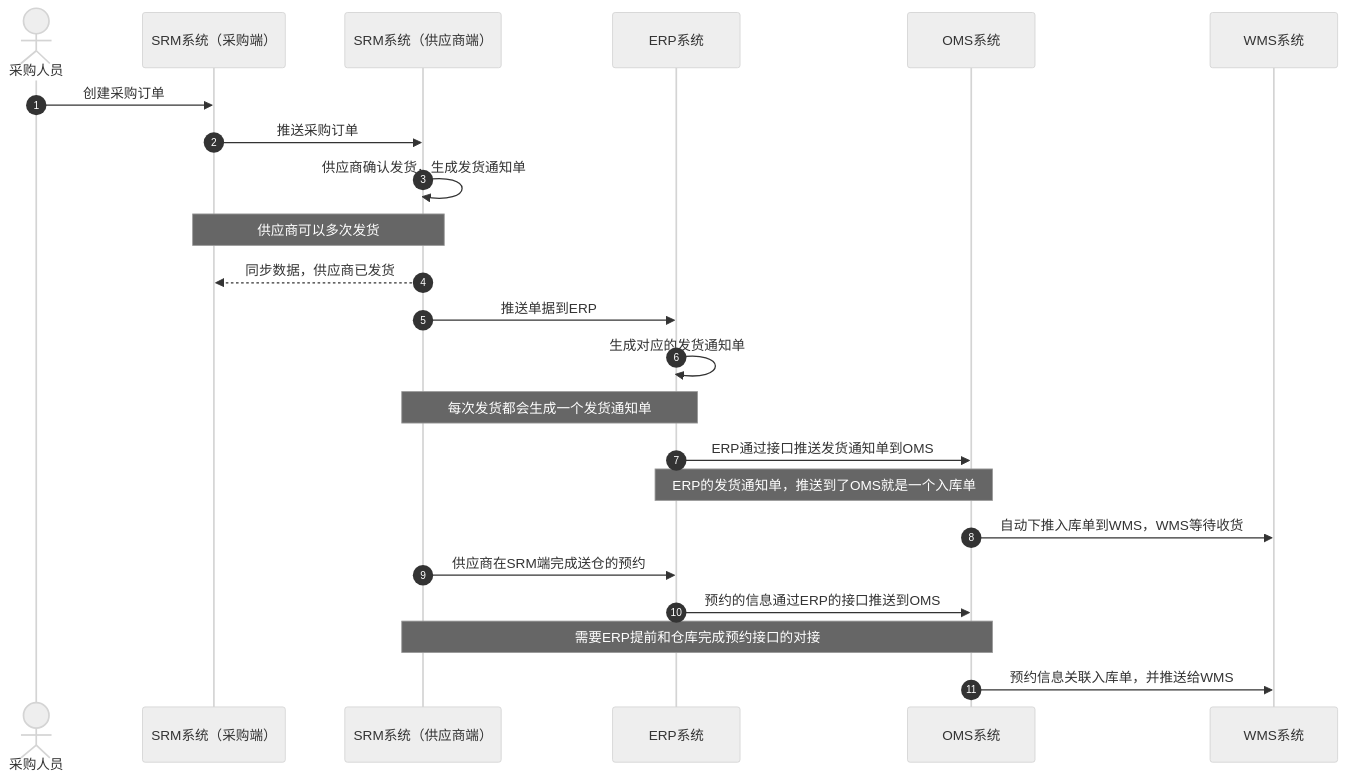
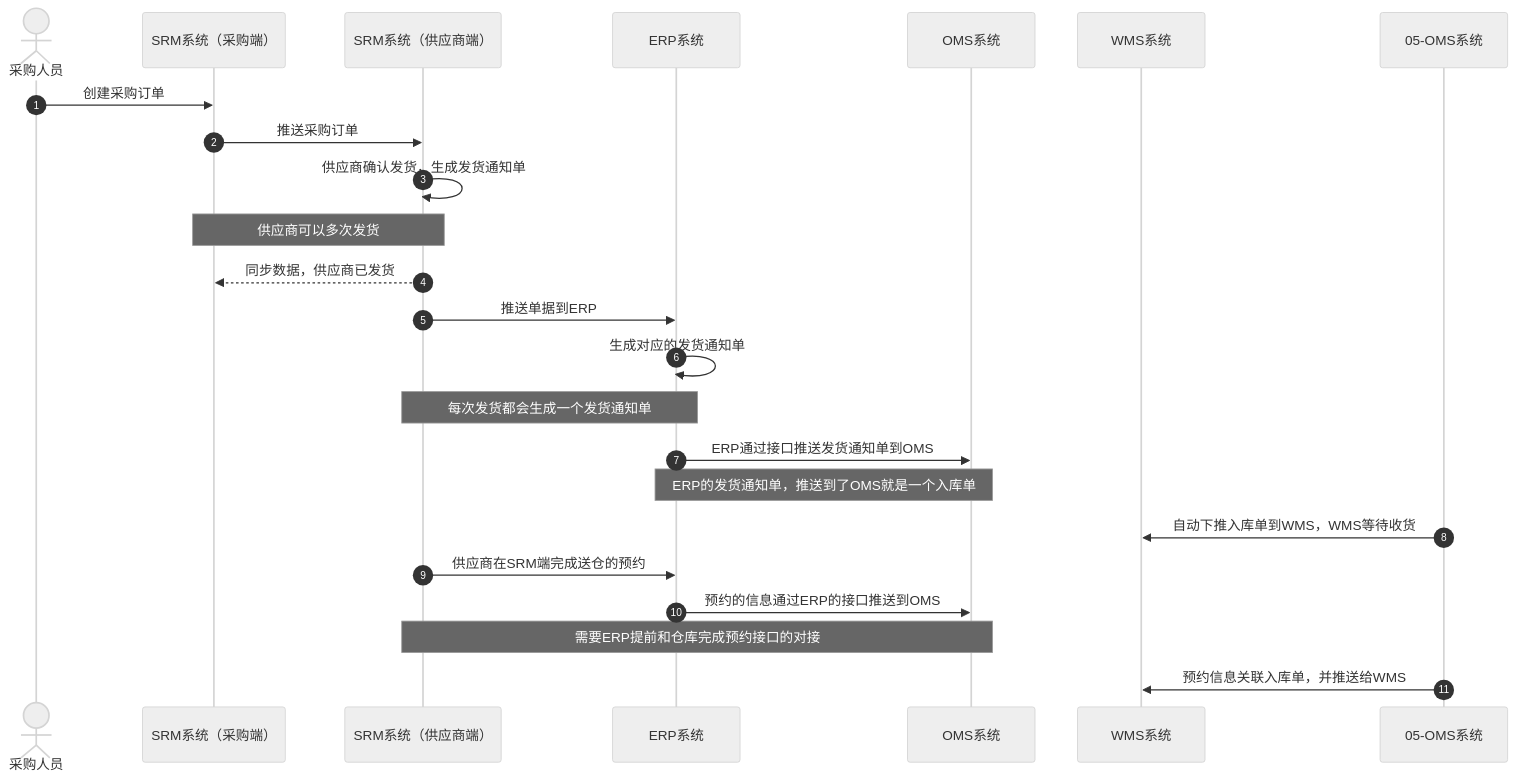
The third of 3 diagrams in 供应链系统资料/维他命_产品私享课/跨境供应链_海外仓OTWB项目实战/第八章_跨境电商&供应链相关知识介绍/8.9_拆解仓库的送仓预约业务.md (chao1927/scm), drawn with Mermaid (neutral theme) before and after one commit. The commit also changed other lines of this file and 284 other files, not shown here.

````diff
--- a/供应链系统资料/维他命_产品私享课/跨境供应链_海外仓OTWB项目实战/第八章_跨境电商&供应链相关知识介绍/8.9_拆解仓库的送仓预约业务.md
+++ b/供应链系统资料/维他命_产品私享课/跨境供应链_海外仓OTWB项目实战/第八章_跨境电商&供应链相关知识介绍/8.9_拆解仓库的送仓预约业务.md
@@ -150,29 +150,29 @@
 ```mermaid
 sequenceDiagram
   	autonumber
     actor 采购人员
     participant SRM系统（采购端）
     participant SRM系统（供应商端）
     participant ERP系统
 		participant OMS系统
     participant WMS系统
 
     采购人员->>SRM系统（采购端）: 创建采购订单
     SRM系统（采购端）->>SRM系统（供应商端）: 推送采购订单
     SRM系统（供应商端）->>SRM系统（供应商端）: 供应商确认发货，生成发货通知单
     note over SRM系统（采购端）,SRM系统（供应商端）:供应商可以多次发货
 
     SRM系统（供应商端）-->>SRM系统（采购端）: 同步数据，供应商已发货
     SRM系统（供应商端）->>ERP系统:推送单据到ERP
     ERP系统->>ERP系统: 生成对应的发货通知单
     note over SRM系统（供应商端）,ERP系统:每次发货都会生成一个发货通知单
 
     ERP系统->>OMS系统: ERP通过接口推送发货通知单到OMS
 		note over ERP系统,OMS系统:ERP的发货通知单，推送到了OMS就是一个入库单
-		OMS系统->>WMS系统: 自动下推入库单到WMS，WMS等待收货
+		05-OMS系统->>WMS系统: 自动下推入库单到WMS，WMS等待收货
 		SRM系统（供应商端）->>ERP系统: 供应商在SRM端完成送仓的预约
 		ERP系统->>OMS系统: 预约的信息通过ERP的接口推送到OMS
 		note over SRM系统（供应商端）,OMS系统:需要ERP提前和仓库完成预约接口的对接
-		OMS系统->>WMS系统: 预约信息关联入库单，并推送给WMS
+		05-OMS系统->>WMS系统: 预约信息关联入库单，并推送给WMS
    
 ```
````
